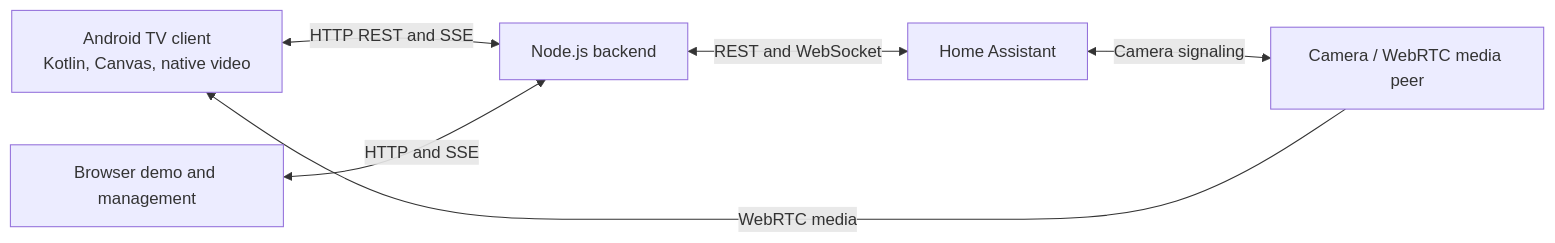
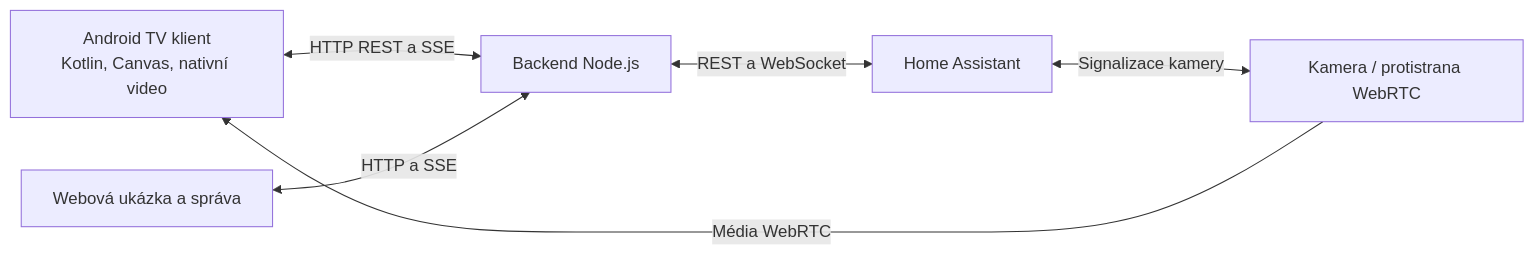
One commit to john3w5/ha-tv-launcher changed the diagram in README.md. Above: the diagram before and after it, drawn with Mermaid. The commit also changed other lines of this file and 54 other files, not shown here.

````diff
--- a/README.md
+++ b/README.md
@@ -53,13 +69,13 @@
 ```mermaid
 flowchart LR
-    TV[Android TV client\nKotlin, Canvas, native video]
-    Backend[Node.js backend]
-    HA[Home Assistant]
-    Browser[Browser demo and management]
-    Camera[Camera / WebRTC media peer]
-    TV <-->|HTTP REST and SSE| Backend
-    Browser <-->|HTTP and SSE| Backend
-    Backend <-->|REST and WebSocket| HA
-    HA <-->|Camera signaling| Camera
-    Camera -->|WebRTC media| TV
+    TV["Android TV klient<br/>Kotlin, Canvas, nativní video"]
+    Backend["Backend Node.js"]
+    HA["Home Assistant"]
+    Browser["Webová ukázka a správa"]
+    Camera["Kamera / protistrana WebRTC"]
+    TV <-->|HTTP REST a SSE| Backend
+    Browser <-->|HTTP a SSE| Backend
+    Backend <-->|REST a WebSocket| HA
+    HA <-->|Signalizace kamery| Camera
+    Camera -->|Média WebRTC| TV
 ```
````
